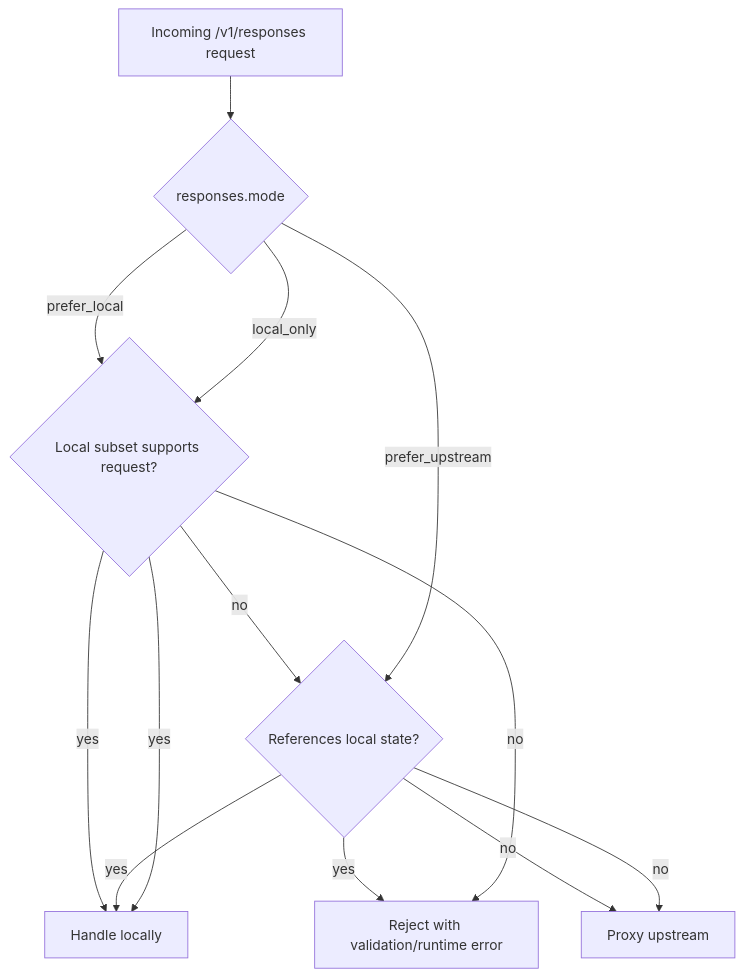
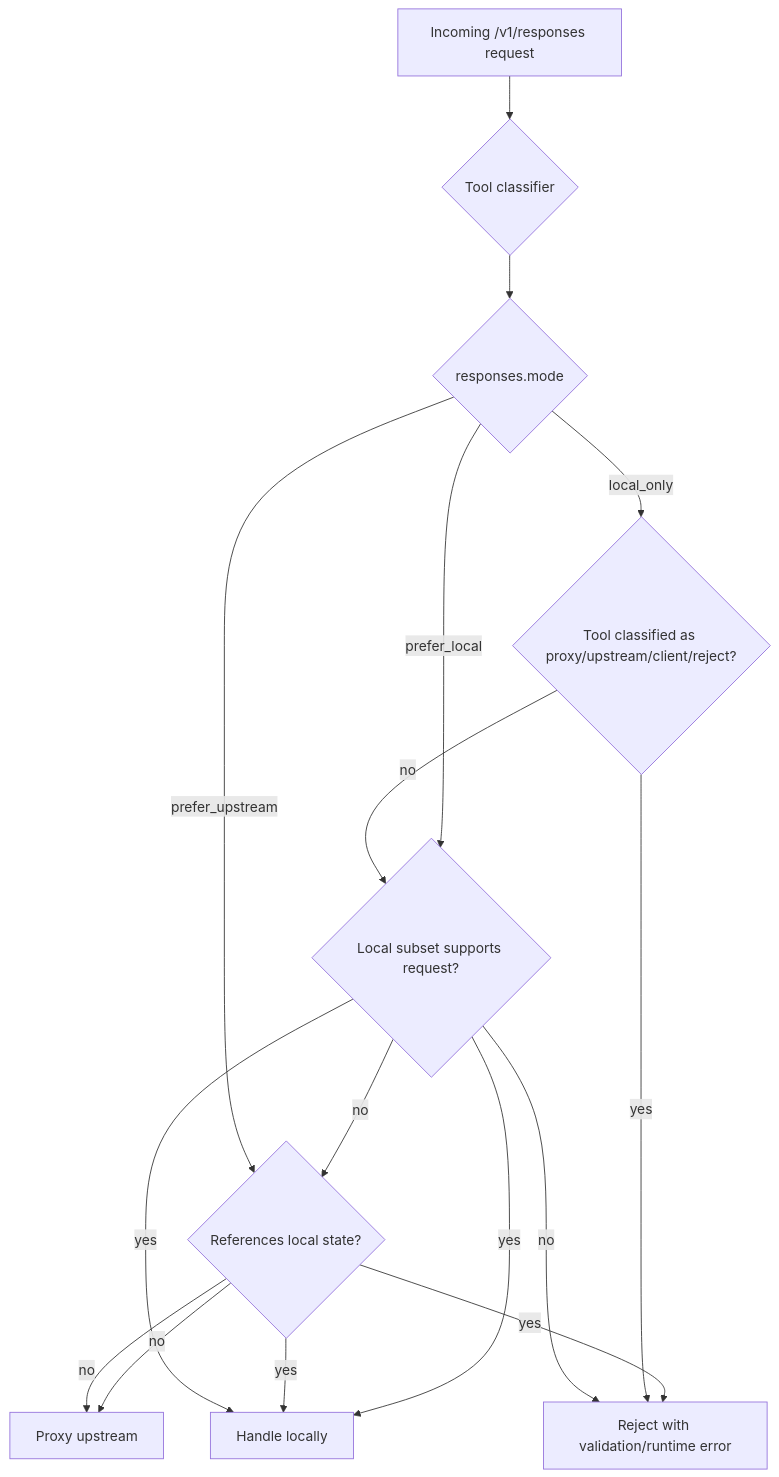
Diagram 23 of 25 in docs/engineering/openai-api-choreography-atlas.md (avelrl/llama_shim), drawn with Mermaid before and after one commit. The commit also changed other lines of this file and 6 other files, not shown here.

Commit message:
Add V4 request-time tool classifier

````diff
--- a/docs/engineering/openai-api-choreography-atlas.md
+++ b/docs/engineering/openai-api-choreography-atlas.md
@@ -1005,25 +1005,30 @@
 ```mermaid
 flowchart TB
   req["Incoming /v1/responses request"]
+  classifier{"Tool classifier"}
   mode{"responses.mode"}
   localState{"References local state?"}
   localSupported{"Local subset supports request?"}
+  nonLocal{"Tool classified as proxy/upstream/client/reject?"}
   upstream["Proxy upstream"]
   local["Handle locally"]
   reject["Reject with validation/runtime error"]
 
-  req --> mode
+  req --> classifier
+  classifier --> mode
   mode -->|prefer_local| localSupported
   localSupported -->|yes| local
   localSupported -->|no| localState
   localState -->|yes| reject
   localState -->|no| upstream
 
   mode -->|prefer_upstream| localState
   localState -->|yes| local
   localState -->|no| upstream
 
-  mode -->|local_only| localSupported
+  mode -->|local_only| nonLocal
+  nonLocal -->|yes| reject
+  nonLocal -->|no| localSupported
   localSupported -->|yes| local
   localSupported -->|no| reject
 ```
````
